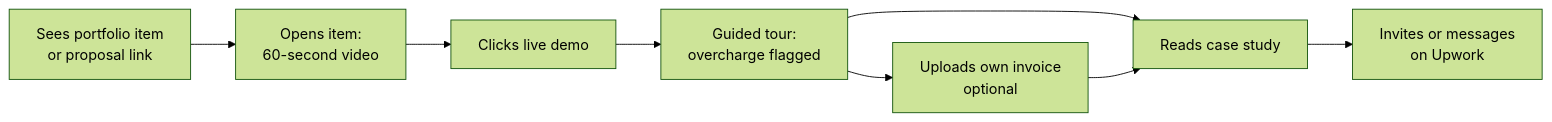
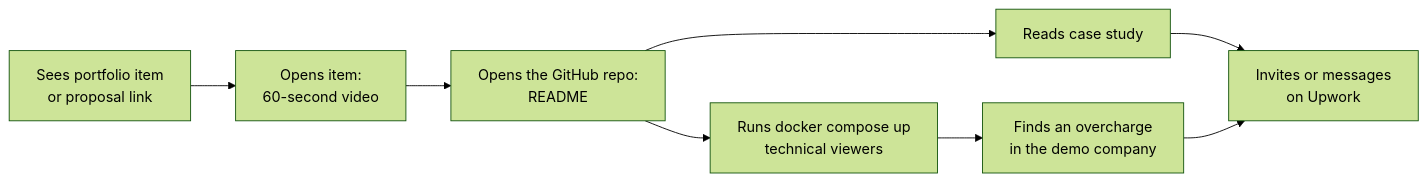
The second of 2 diagrams in docs/02-customer-journey.md (aryanonline/ap-agent-kit), drawn with Mermaid (forest theme) before and after one commit. The commit also changed other lines of this file and 13 other files, not shown here.

````diff
--- a/docs/02-customer-journey.md
+++ b/docs/02-customer-journey.md
@@ -114,10 +120,10 @@
 ```mermaid
 flowchart LR
   A[Sees portfolio item<br/>or proposal link] --> B[Opens item:<br/>60-second video]
-  B --> C[Clicks live demo]
-  C --> D[Guided tour:<br/>overcharge flagged]
-  D --> E[Uploads own invoice<br/>optional]
-  D --> F[Reads case study]
-  E --> F
-  F --> G[Invites or messages<br/>on Upwork]
+  B --> C[Opens the GitHub repo:<br/>README]
+  C --> D[Reads case study]
+  C --> E[Runs docker compose up<br/>technical viewers]
+  E --> F[Finds an overcharge<br/>in the demo company]
+  D --> G[Invites or messages<br/>on Upwork]
+  F --> G
 ```
````
